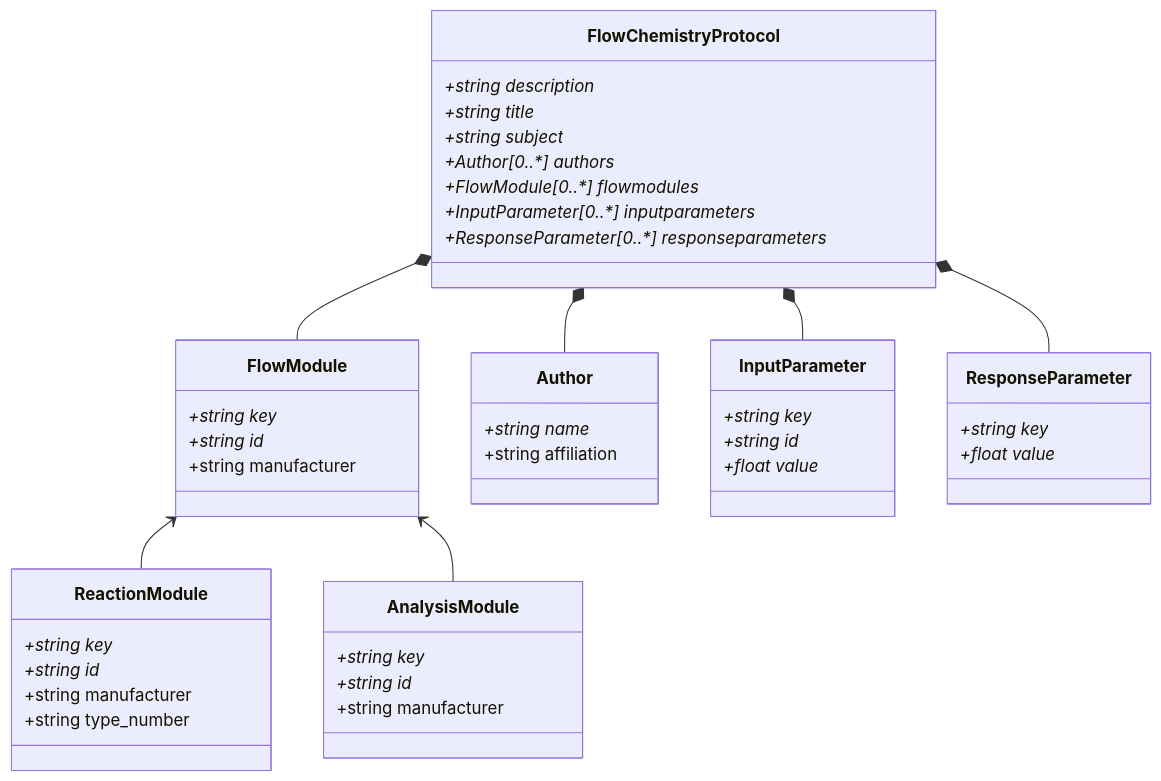
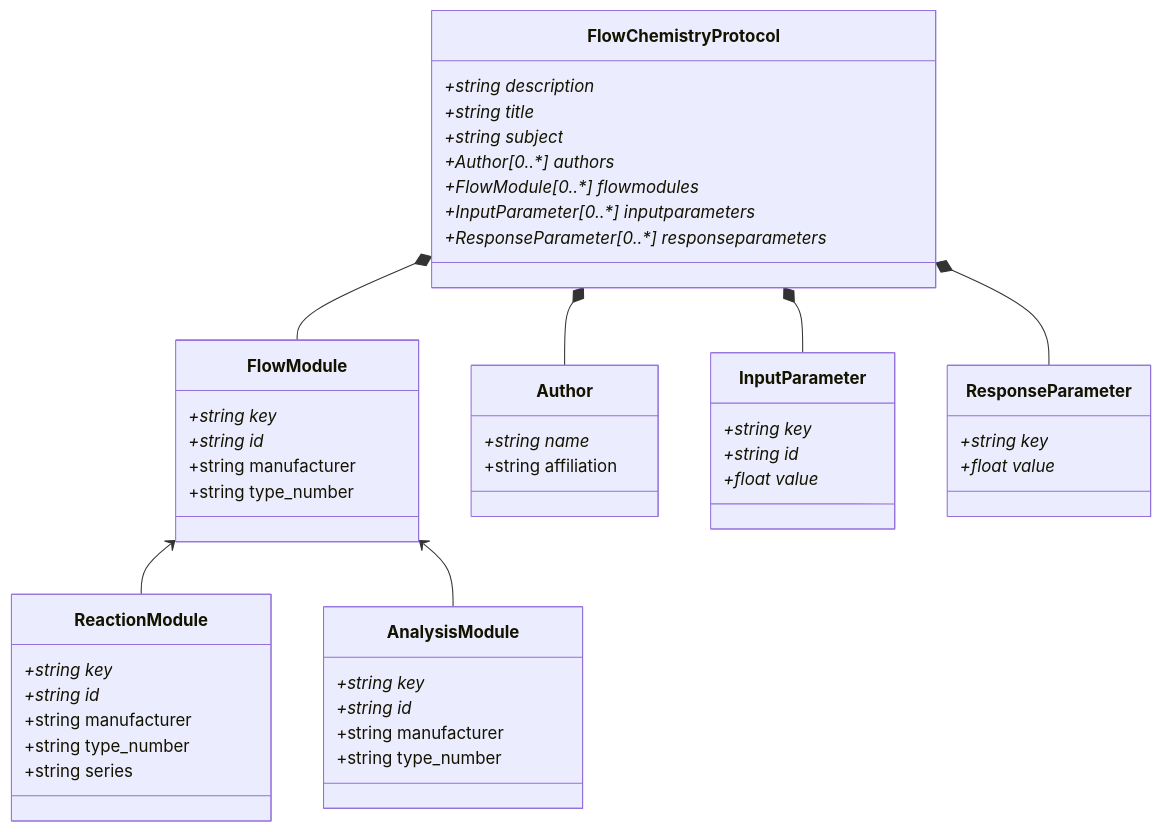
The diagram in pyDataset/schemes/Dataset.md (C-Kessler/sdrdm-flowchem-B2), drawn with Mermaid before and after one commit. The commit also changed 3 other files, not shown here.

````diff
--- a/pyDataset/schemes/Dataset.md
+++ b/pyDataset/schemes/Dataset.md
@@ -1,55 +1,58 @@
 ```mermaid
 classDiagram
     FlowModule <-- ReactionModule
     FlowModule <-- AnalysisModule
     FlowChemistryProtocol *-- Author
     FlowChemistryProtocol *-- FlowModule
     FlowChemistryProtocol *-- InputParameter
     FlowChemistryProtocol *-- ResponseParameter
     
     class FlowChemistryProtocol {
         +string description*
         +string title*
         +string subject*
         +Author[0..*] authors*
         +FlowModule[0..*] flowmodules*
         +InputParameter[0..*] inputparameters*
         +ResponseParameter[0..*] responseparameters*
     }
     
     class Author {
         +string name*
         +string affiliation
     }
     
     class FlowModule {
         +string key*
         +string id*
         +string manufacturer
+        +string type_number
     }
     
     class ReactionModule {
         +string key*
         +string id*
         +string manufacturer
         +string type_number
+        +string series
     }
     
     class AnalysisModule {
         +string key*
         +string id*
         +string manufacturer
+        +string type_number
     }
     
     class InputParameter {
         +string key*
         +string id*
         +float value*
     }
     
     class ResponseParameter {
         +string key*
         +float value*
     }
     
 ```
````
